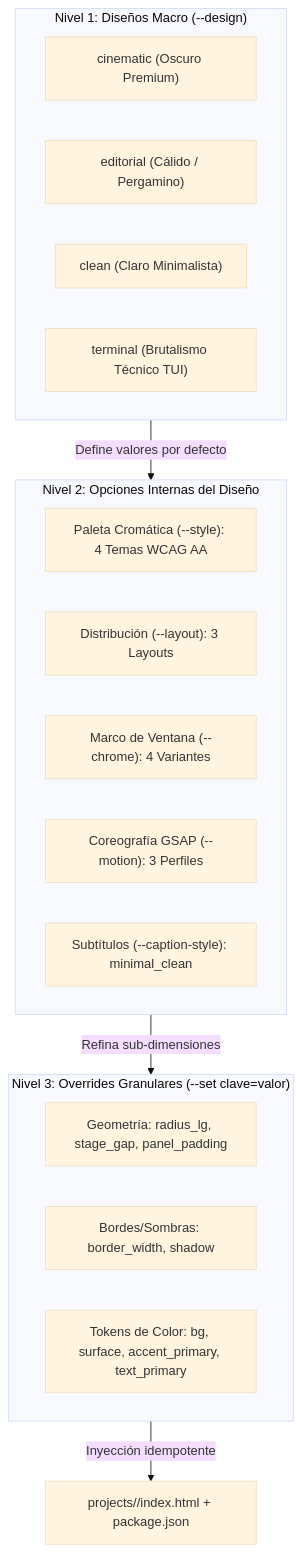
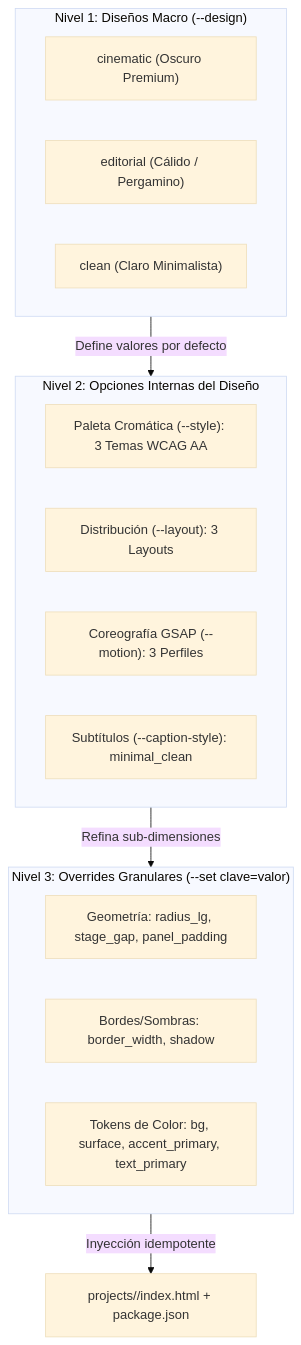
Before and after one commit to JorgeDoicela/video-pipeline: the diagram in docs/04-sistema-de-diseno/01-sistema-de-diseno-y-estilos.md, drawn with Mermaid (base theme). The commit also changed other lines of this file and 31 other files, not shown here.

Commit message:
refactor(styles): simplificar catalogo a 3x3 y eliminar terminal y chrome

````diff
--- a/docs/04-sistema-de-diseno/01-sistema-de-diseno-y-estilos.md
+++ b/docs/04-sistema-de-diseno/01-sistema-de-diseno-y-estilos.md
@@ -11,27 +11,25 @@
 ```mermaid
 flowchart TD
     subgraph N1 ["Nivel 1: Diseños Macro (--design)"]
         D1["cinematic (Oscuro Premium)"]
         D2["editorial (Cálido / Pergamino)"]
         D3["clean (Claro Minimalista)"]
-        D4["terminal (Brutalismo Técnico TUI)"]
     end
 
     subgraph N2 ["Nivel 2: Opciones Internas del Diseño"]
-        S["Paleta Cromática (--style): 4 Temas WCAG AA"]
+        S["Paleta Cromática (--style): 3 Temas WCAG AA"]
         L["Distribución (--layout): 3 Layouts"]
-        C["Marco de Ventana (--chrome): 4 Variantes"]
         M["Coreografía GSAP (--motion): 3 Perfiles"]
         K["Subtítulos (--caption-style): minimal_clean"]
     end
 
     subgraph N3 ["Nivel 3: Overrides Granulares (--set clave=valor)"]
         O1["Geometría: radius_lg, stage_gap, panel_padding"]
         O2["Bordes/Sombras: border_width, shadow"]
         O3["Tokens de Color: bg, surface, accent_primary, text_primary"]
     end
 
     N1 -->|"Define valores por defecto"| N2
     N2 -->|"Refina sub-dimensiones"| N3
     N3 -->|"Inyección idempotente"| HTML["projects/<slug>/index.html + package.json"]
 ```
````
